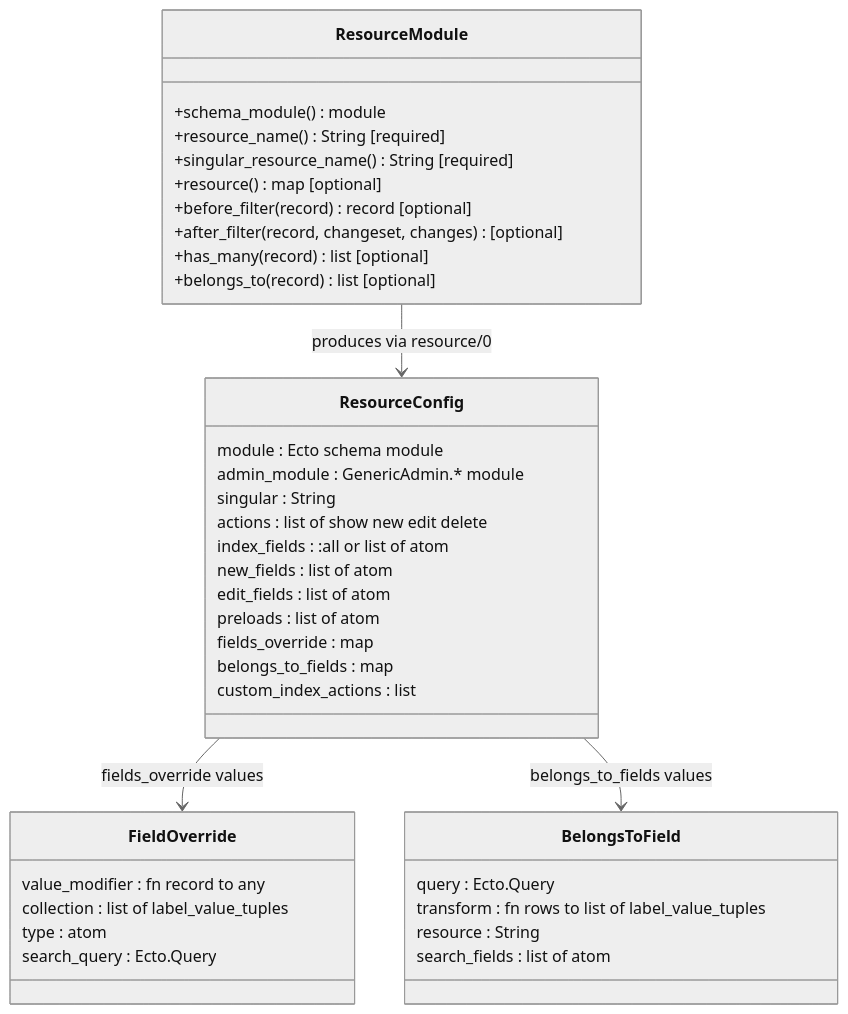
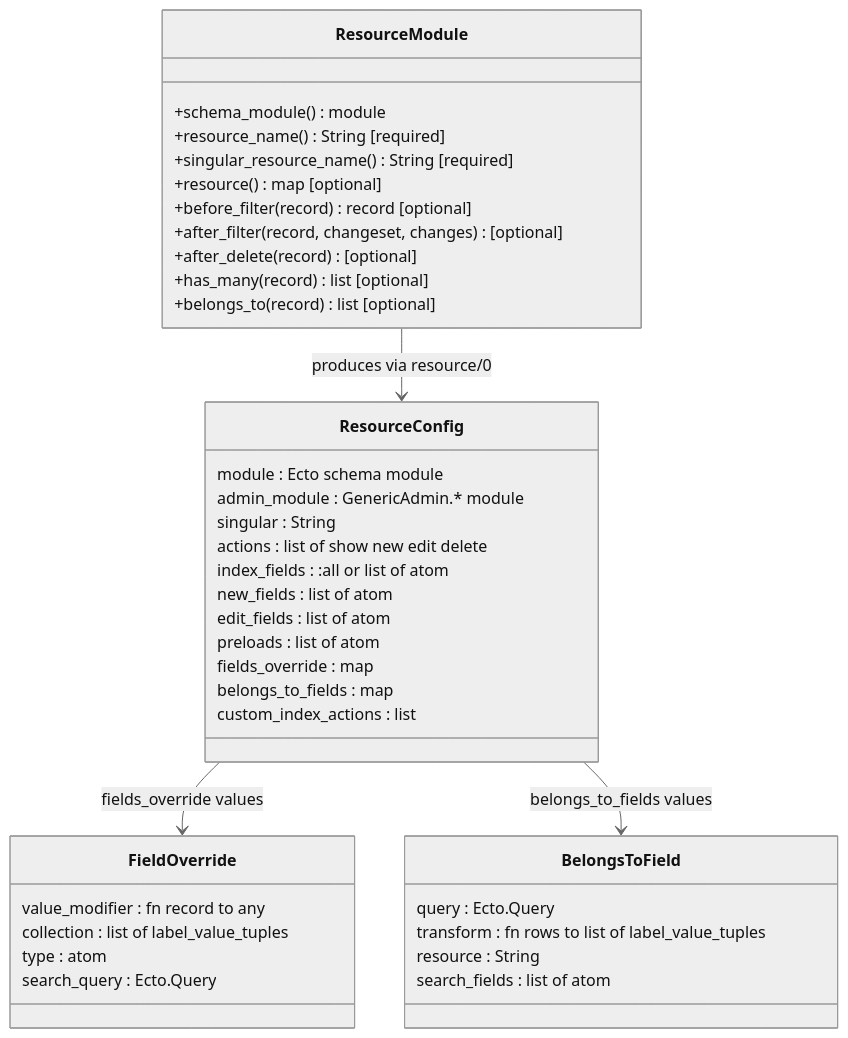
Before and after one commit to santiment/sanbase2: the fourth of 4 diagrams in lib/sanbase_web/generic_admin/ARCHITECTURE.md, drawn with Mermaid (neutral theme). The commit also changed 26 other files, not shown here.

````diff
--- a/lib/sanbase_web/generic_admin/ARCHITECTURE.md
+++ b/lib/sanbase_web/generic_admin/ARCHITECTURE.md
@@ -158,45 +158,46 @@
 ```mermaid
 classDiagram
     class ResourceModule {
         +schema_module() module
         +resource_name() String [required]
         +singular_resource_name() String [required]
         +resource() map [optional]
         +before_filter(record) record [optional]
         +after_filter(record, changeset, changes) [optional]
+        +after_delete(record) [optional]
         +has_many(record) list [optional]
         +belongs_to(record) list [optional]
     }
 
     class ResourceConfig {
         module : Ecto schema module
         admin_module : GenericAdmin.* module
         singular : String
         actions : list of show new edit delete
         index_fields : :all or list of atom
         new_fields : list of atom
         edit_fields : list of atom
         preloads : list of atom
         fields_override : map
         belongs_to_fields : map
         custom_index_actions : list
     }
 
     class FieldOverride {
         value_modifier : fn record to any
         collection : list of label_value_tuples
         type : atom
         search_query : Ecto.Query
     }
 
     class BelongsToField {
         query : Ecto.Query
         transform : fn rows to list of label_value_tuples
         resource : String
         search_fields : list of atom
     }
 
     ResourceModule --> ResourceConfig : produces via resource/0
     ResourceConfig --> FieldOverride : fields_override values
     ResourceConfig --> BelongsToField : belongs_to_fields values
 ```
````
